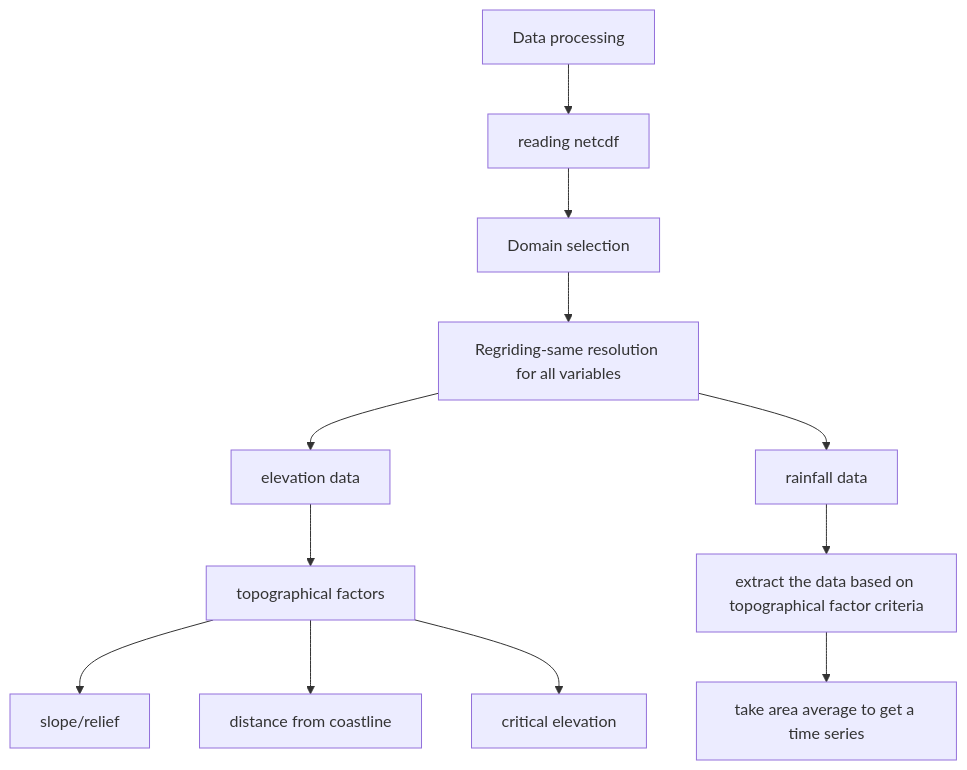
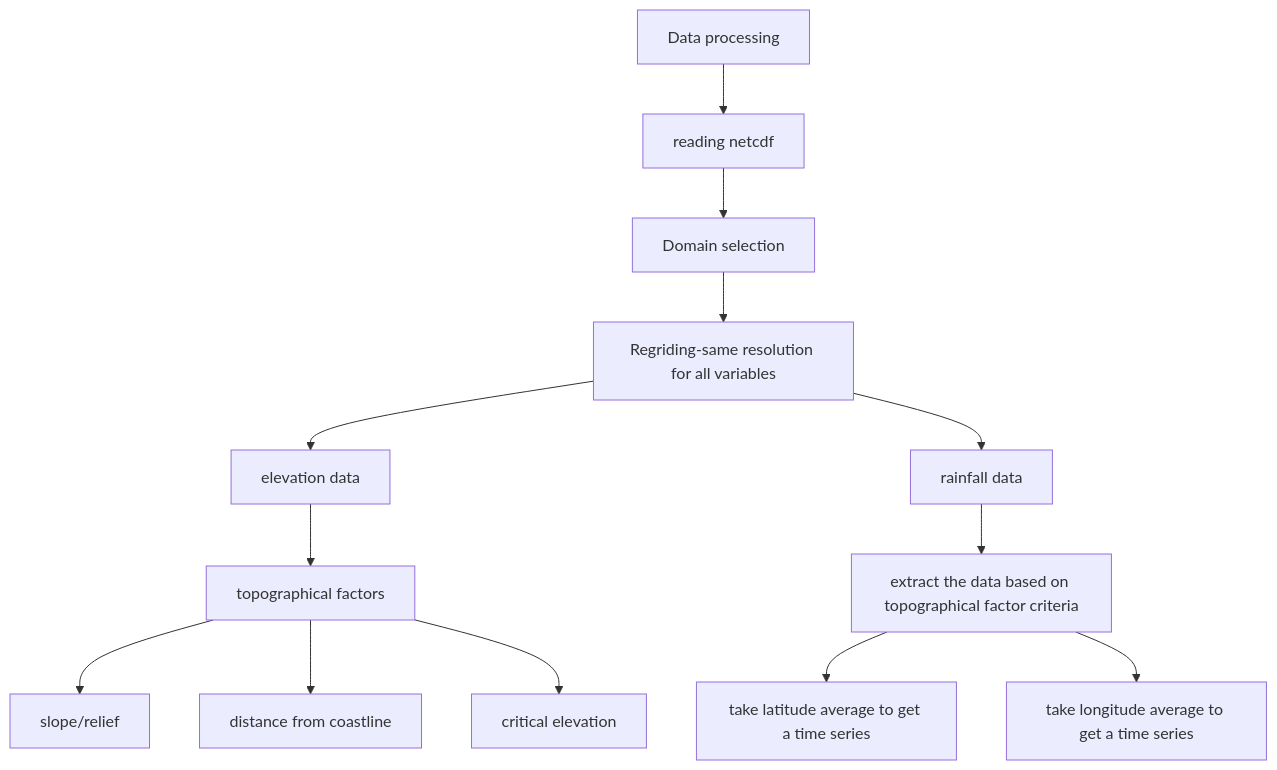
Before and after one commit to sputhiyamadam/PYRATES_workshop: the first of 2 diagrams in README.md, drawn with Mermaid. The commit also changed other lines of this file, not shown here.

````diff
--- a/README.md
+++ b/README.md
@@ -79,10 +79,11 @@
 ```mermaid
 graph TD;
     id1[Data processing]-->id2[reading netcdf]--> id3[Domain selection]--> id4[Regriding-same resolution for all variables]; 
     id4[Regriding-same resolution for all variables]-->id5[elevation data]-->id6[topographical factors];
     id6[topographical factors]-->id7[slope/relief];
     id6[topographical factors]-->id8[distance from coastline];
     id6[topographical factors]-->id9[critical elevation];  
     
-    id4[Regriding-same resolution for all variables]-->id10[rainfall data]-->id11[extract the data based on topographical factor criteria]-->id12[take area average to get a time series]
+    id4[Regriding-same resolution for all variables]-->id10[rainfall data]-->id11[extract the data based on topographical factor criteria]-->id12[take latitude average to get a time series]
+    id11[extract the data based on topographical factor criteria]-->id13[take longitude average to get a time series]
 ```
````
